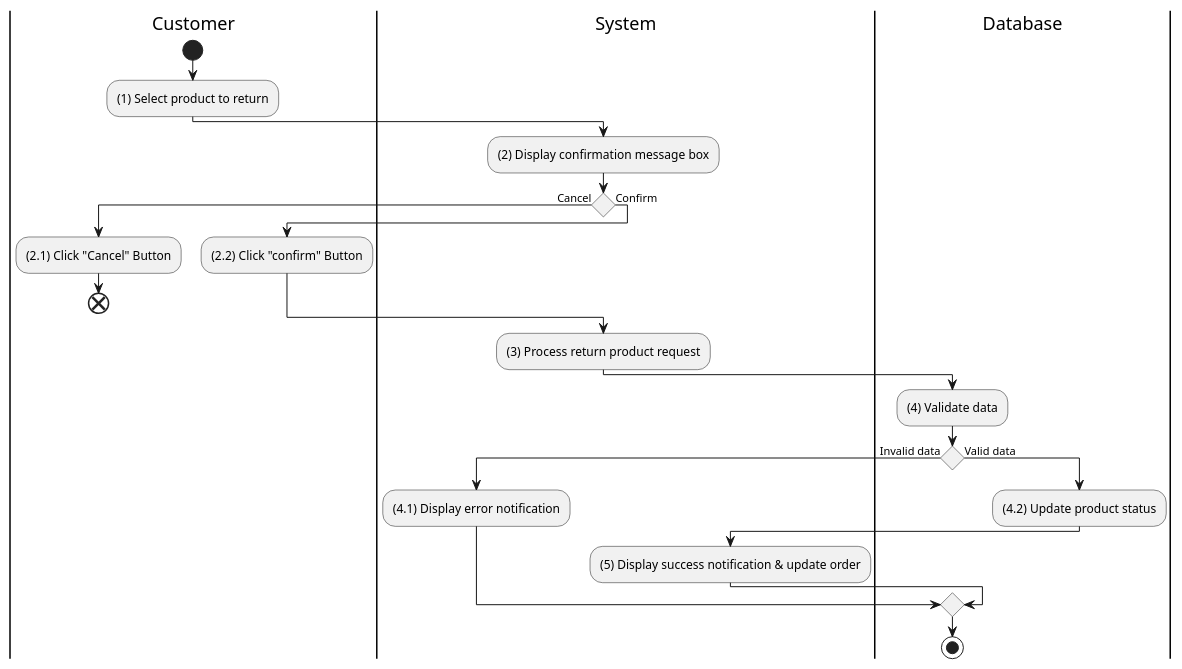
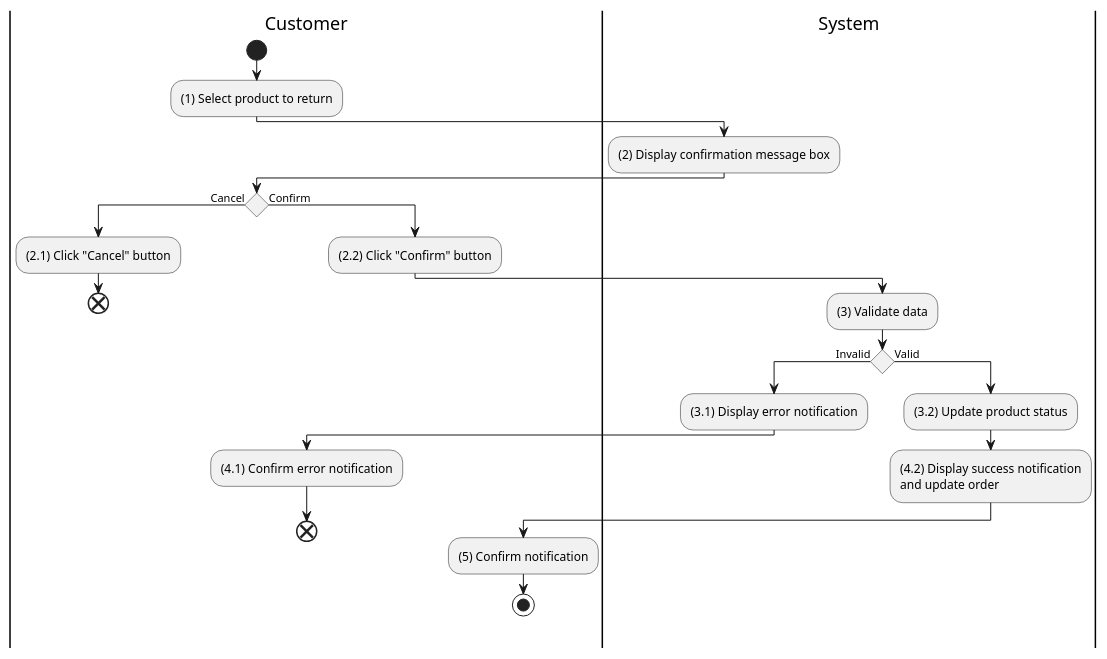
The diagram in docs/software-docs/activity/view-order/return-product.md (electricilies/electricilies.github.io), drawn with PlantUML before and after one commit. The commit also changed 47 other files, not shown here.

````diff
--- a/docs/software-docs/activity/view-order/return-product.md
+++ b/docs/software-docs/activity/view-order/return-product.md
@@ -3,36 +3,35 @@
 ```plantuml
 @startuml
 |C|Customer
 |S|System
-|D|Database
 
 |C|
 start
 :(1) Select product to return;
 |S|
 :(2) Display confirmation message box;
+|C|
 if () then (Cancel)
-  |C|
-  :(2.1) Click "Cancel" Button;
+  :(2.1) Click "Cancel" button;
   end
 else (Confirm)
-  :(2.2) Click "confirm" Button;
+  :(2.2) Click "Confirm" button;
+  |S|
+  :(3) Validate data;
+  if () then (Invalid)
+    :(3.1) Display error notification;
+    |C|
+    :(4.1) Confirm error notification;
+    end
+  else (Valid)
+    |S|
+    :(3.2) Update product status;
+    :(4.2) Display success notification 
+and update order;
+    |C|
+    :(5) Confirm notification;
+    stop
+  endif
 endif
-|S|
-:(3) Process return product request;
-|D|
-:(4) Validate data;
-if () then (Invalid data)
-  |S|
-  :(4.1) Display error notification;
-else (Valid data)
-  |D|
-  :(4.2) Update product status;
-  |S|
-  :(5) Display success notification & update order;
-endif
-|D|
-stop
-
 @enduml
 ```
````
